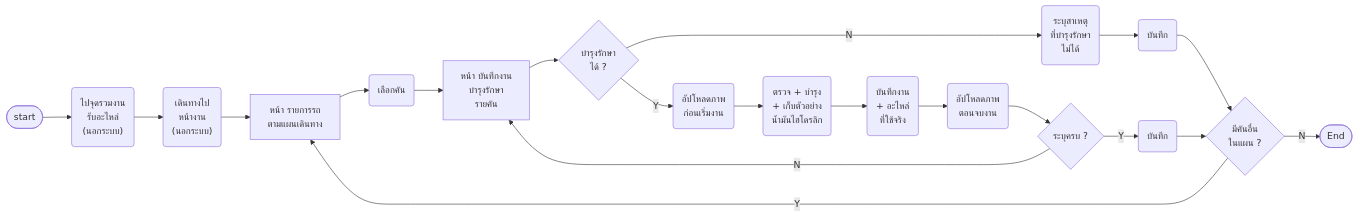
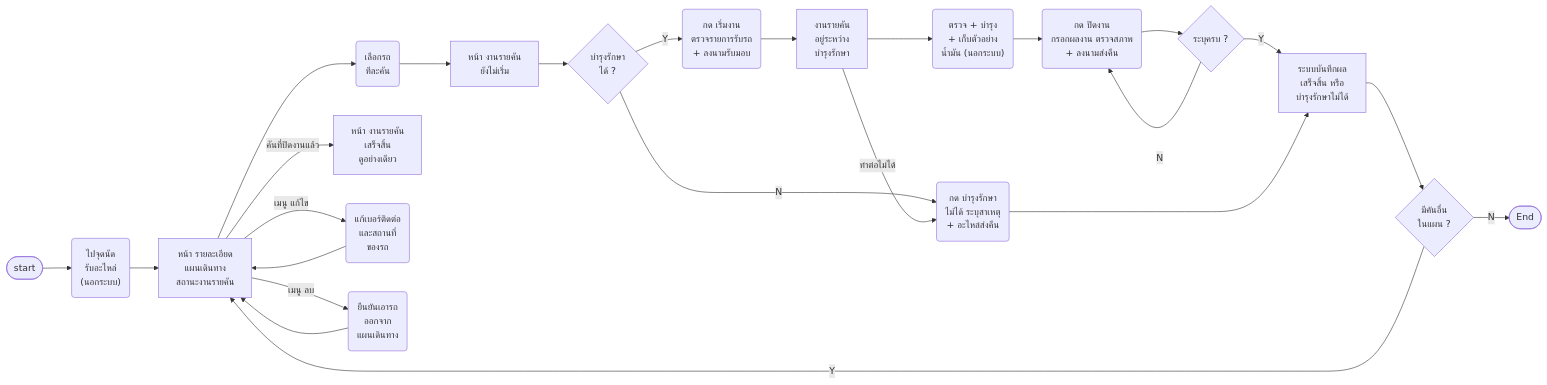
Before and after one commit to anugmail/Maintenance-Request-Form: the eighth of 21 diagrams in Diagram/01-บำรุงรักษาตามวาระ/14-บำรุงรักษา-userflow.md, drawn with Mermaid. The commit also changed other lines of this file and 24 other files, not shown here.

First line of the commit message:
บำรุงรักษา: S10 กบค. / S23 ผู้รับจ้าง (แยก view · ส่งตรวจงาน · เพิ่ม แก้ไข ลบ อะไหล่และภาพ) · S11 ตรวจรับรายคันแบบการ์ด S2 · use case 76 ข้อ + ตาม scenario · export ทั้งชุดลงหน้า Maintainance

````diff
--- a/Diagram/01-บำรุงรักษาตามวาระ/14-บำรุงรักษา-userflow.md
+++ b/Diagram/01-บำรุงรักษาตามวาระ/14-บำรุงรักษา-userflow.md
@@ -365,25 +423,27 @@
 ```mermaid
 flowchart LR
-    S([start]) --> A0("ไปจุดรวมงาน<br/>รับอะไหล่<br/>(นอกระบบ)")
-    A0 --> A1("เดินทางไป<br/>หน้างาน<br/>(นอกระบบ)")
-    A1 --> D1["หน้า รายการรถ<br/>ตามแผนเดินทาง"]
-    D1 --> A2("เลือกคัน")
-    A2 --> D2["หน้า บันทึกงาน<br/>บำรุงรักษา<br/>รายคัน"]
+    S([start]) --> A0("ไปจุดนัด<br/>รับอะไหล่<br/>(นอกระบบ)")
+    A0 --> D1["หน้า รายละเอียด<br/>แผนเดินทาง<br/>สถานะงานรายคัน"]
+    D1 --> A1("เลือกรถ<br/>ทีละคัน")
+    A1 --> D2["หน้า งานรายคัน<br/>ยังไม่เริ่ม"]
     D2 --> Q1{"บำรุงรักษา<br/>ได้ ?"}
-    Q1 -->|N| A3("ระบุสาเหตุ<br/>ที่บำรุงรักษา<br/>ไม่ได้")
-    A3 --> A4("บันทึก")
-    A4 --> Q3{"มีคันอื่น<br/>ในแผน ?"}
-    Q1 -->|Y| A5("อัปโหลดภาพ<br/>ก่อนเริ่มงาน")
-    A5 --> A6("ตรวจ + บำรุง<br/>+ เก็บตัวอย่าง<br/>น้ำมันไฮโดรลิก")
-    A6 --> A7("บันทึกงาน<br/>+ อะไหล่<br/>ที่ใช้จริง")
-    A7 --> A8("อัปโหลดภาพ<br/>ตอนจบงาน")
-    A8 --> Q2{"ระบุครบ ?"}
-    Q2 -->|N| D2
-    Q2 -->|Y| A9("บันทึก")
-    A9 --> Q3
+    Q1 -->|N| A3("กด บำรุงรักษา<br/>ไม่ได้ ระบุสาเหตุ<br/>+ อะไหล่ส่งคืน")
+    Q1 -->|Y| A2("กด เริ่มงาน<br/>ตรวจรายการรับรถ<br/>+ ลงนามรับมอบ")
+    A2 --> D3["งานรายคัน<br/>อยู่ระหว่าง<br/>บำรุงรักษา"]
+    D3 --> A4("ตรวจ + บำรุง<br/>+ เก็บตัวอย่าง<br/>น้ำมัน (นอกระบบ)")
+    D3 -->|ทำต่อไม่ได้| A3
+    A4 --> A5("กด ปิดงาน<br/>กรอกผลงาน ตรวจสภาพ<br/>+ ลงนามส่งคืน")
+    A5 --> Q2{"ระบุครบ ?"}
+    Q2 -->|N| A5
+    Q2 -->|Y| D4["ระบบบันทึกผล<br/>เสร็จสิ้น หรือ<br/>บำรุงรักษาไม่ได้"]
+    A3 --> D4
+    D4 --> Q3{"มีคันอื่น<br/>ในแผน ?"}
     Q3 -->|Y| D1
     Q3 -->|N| E([End])
-    %% Q: A5 | Q17 ❓ (บอร์ด) ระบบต้อง stamp ระยะเวลาระหว่างที่ Upload ภาพก่อนเริ่มไปจนถึงตอนจบการบำรุงรักษาไหม?
-    %% Q: A8 | Q18 ❓ (บอร์ด) ชั่วโมงเครื่องจักร — ภาพถ่ายหรือกรอกข้อมูล? · อะไหล่เก่า? · อะไหล่ใหม่ (ถ้าเหลือ?)
-    %% Q: A3 | Q19 ❓ (บอร์ด) กรณีบำรุงรักษาไม่ได้ จำเป็นต้องใช้ form รูปแบบเดียวกันไหม? หากแยกกันจะต้องมี field อะไรบ้าง?
+    D1 -->|คันที่ปิดงานแล้ว| D5["หน้า งานรายคัน<br/>เสร็จสิ้น<br/>ดูอย่างเดียว"]
+    D1 -->|เมนู แก้ไข| A6("แก้เบอร์ติดต่อ<br/>และสถานที่<br/>ของรถ")
+    A6 --> D1
+    D1 -->|เมนู ลบ| A7("ยืนยันเอารถ<br/>ออกจาก<br/>แผนเดินทาง")
+    A7 --> D1
+    %% Q: A4 | Q18 ❓ (บอร์ด) ชั่วโมงเครื่องจักร — ภาพถ่ายหรือกรอกข้อมูล? · อะไหล่เก่า? · อะไหล่ใหม่ (ถ้าเหลือ?)
 ```
````
